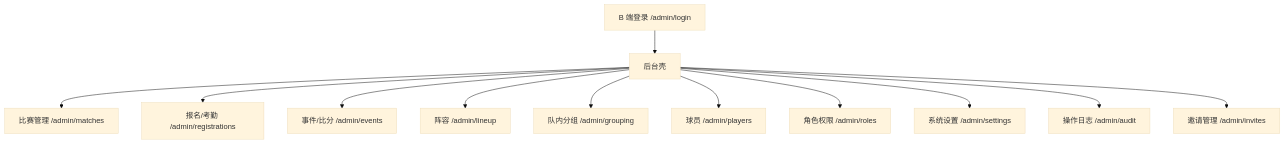
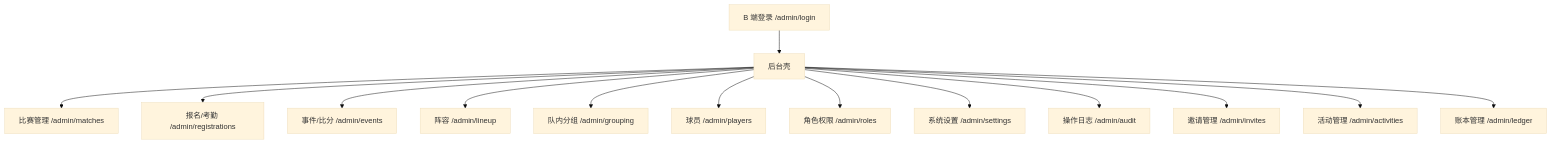
One commit to zhouyacheng/yunhefc changed the second of 10 diagrams in docs/design/02.页面结构与交互设计.md. Above: the diagram before and after it, drawn with Mermaid (base theme). The commit also changed other lines of this file and 19 other files, not shown here.

````diff
--- a/docs/design/02.页面结构与交互设计.md
+++ b/docs/design/02.页面结构与交互设计.md
@@ -44,14 +47,16 @@
 ```mermaid
 flowchart TD
   AdminLogin[B 端登录 /admin/login] --> Shell[后台壳]
   Shell --> Matches[比赛管理 /admin/matches]
   Shell --> Registrations[报名/考勤 /admin/registrations]
   Shell --> Events[事件/比分 /admin/events]
   Shell --> Lineup[阵容 /admin/lineup]
   Shell --> Grouping[队内分组 /admin/grouping]
   Shell --> Players[球员 /admin/players]
   Shell --> Roles[角色权限 /admin/roles]
   Shell --> Settings[系统设置 /admin/settings]
   Shell --> Audit[操作日志 /admin/audit]
   Shell --> Invites[邀请管理 /admin/invites]
+  Shell --> Activities[活动管理 /admin/activities]
+  Shell --> Ledger[账本管理 /admin/ledger]
 ```
````
